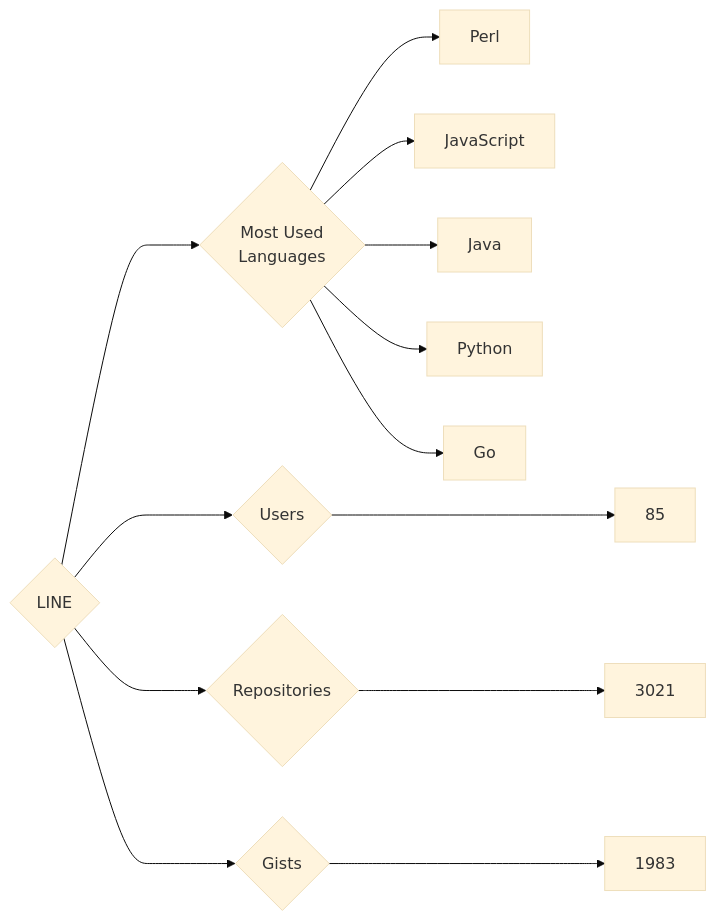
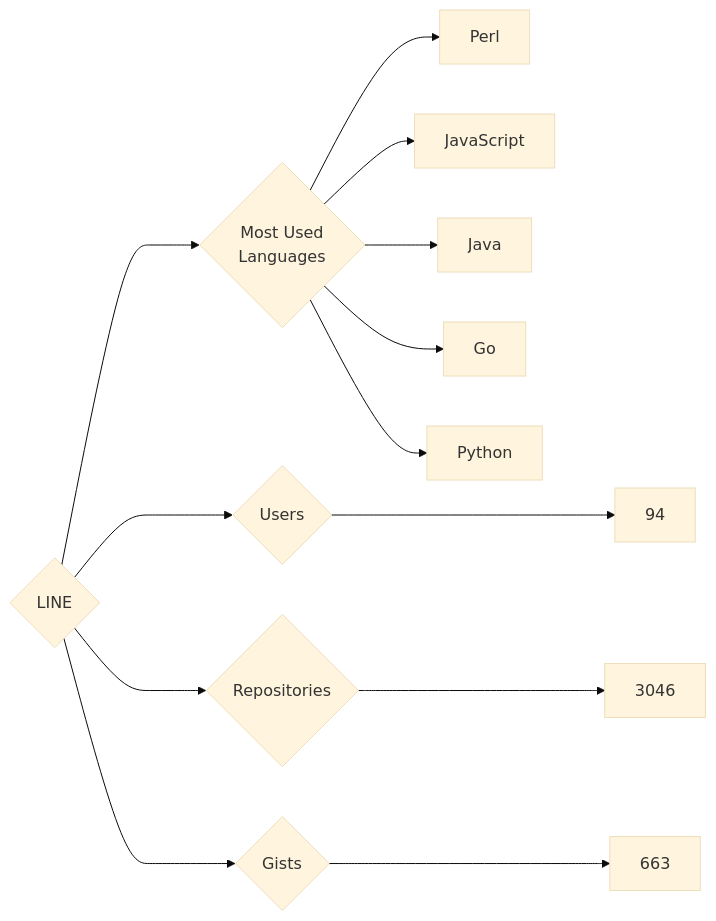
Before and after one commit to trickest/insiders: the diagram in targets/LINE/README.md, drawn with Mermaid (base theme). The commit also changed 809 other files, not shown here.

````diff
--- a/targets/LINE/README.md
+++ b/targets/LINE/README.md
@@ -3,13 +3,13 @@
 ```mermaid
 graph LR
 COMPANY_NAME{LINE}
-COMPANY_NAME ---> U{Users} ---> UN[85]
-COMPANY_NAME ---> R{Repositories} ---> RN[3021]
-COMPANY_NAME ---> G{Gists} ---> GN[1983]
+COMPANY_NAME ---> U{Users} ---> UN[94]
+COMPANY_NAME ---> R{Repositories} ---> RN[3046]
+COMPANY_NAME ---> G{Gists} ---> GN[663]
 COMPANY_NAME ---> ML{Most Used<br>Languages}
 ML --> Perl[Perl]
 ML --> JavaScript[JavaScript]
 ML --> Java[Java]
+ML --> Go[Go]
 ML --> Python[Python]
-ML --> Go[Go]
 ```
````
